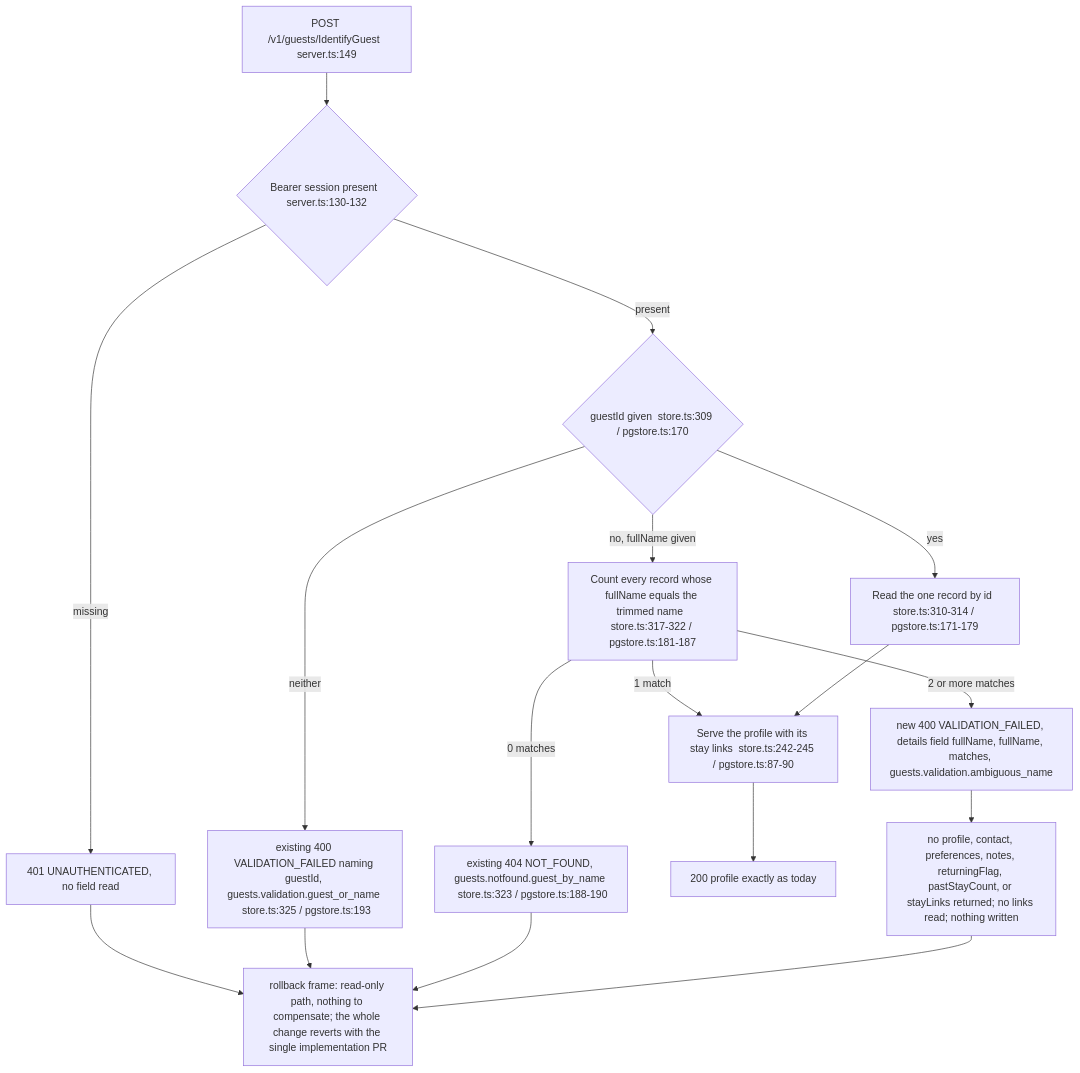
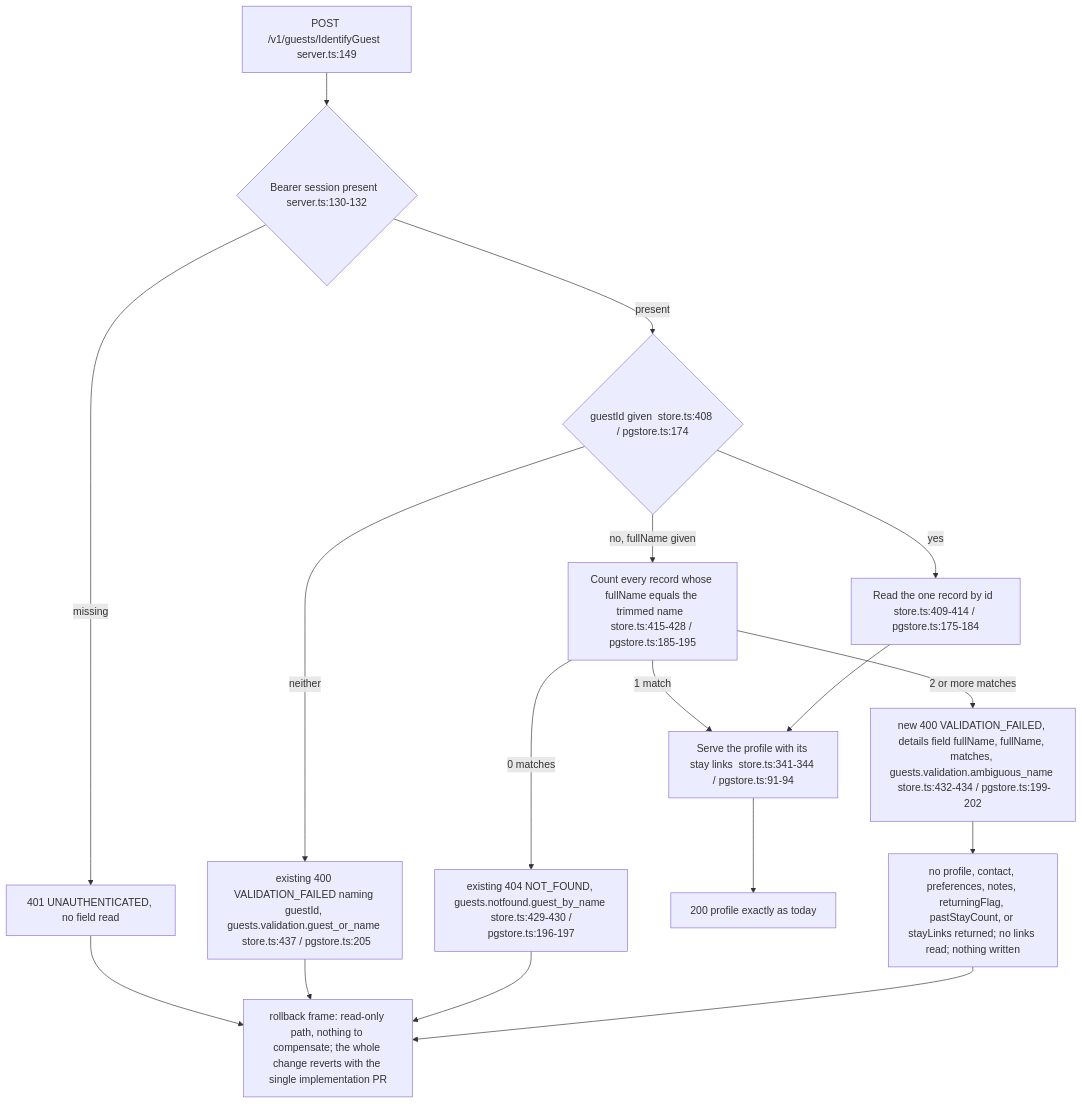
Before and after one commit to MingChen1501/hotel-mgmt: diagram 53 of 55 in docs/architecture/lld.md, drawn with Mermaid. The commit also changed other lines of this file and 19 other files, not shown here.

First line of the commit message:
fix(guests): Refuse ambiguous guest names and bound guest payloads (#733)

````diff
--- a/docs/architecture/lld.md
+++ b/docs/architecture/lld.md
@@ -6632,19 +6656,19 @@
 ```mermaid
 flowchart TD
     A[POST /v1/guests/IdentifyGuest  server.ts:149] --> B{Bearer session present  server.ts:130-132}
     B -->|missing| X1[401 UNAUTHENTICATED, no field read]
-    B -->|present| C{guestId given  store.ts:309 / pgstore.ts:170}
-    C -->|yes| D[Read the one record by id  store.ts:310-314 / pgstore.ts:171-179]
-    C -->|no, fullName given| E[Count every record whose fullName equals the trimmed name  store.ts:317-322 / pgstore.ts:181-187]
-    C -->|neither| X2[existing 400 VALIDATION_FAILED naming guestId, guests.validation.guest_or_name  store.ts:325 / pgstore.ts:193]
-    E -->|0 matches| X3[existing 404 NOT_FOUND, guests.notfound.guest_by_name  store.ts:323 / pgstore.ts:188-190]
-    E -->|1 match| F[Serve the profile with its stay links  store.ts:242-245 / pgstore.ts:87-90]
-    E -->|2 or more matches| R[new 400 VALIDATION_FAILED, details field fullName, fullName, matches, guests.validation.ambiguous_name]
+    B -->|present| C{guestId given  store.ts:408 / pgstore.ts:174}
+    C -->|yes| D[Read the one record by id  store.ts:409-414 / pgstore.ts:175-184]
+    C -->|no, fullName given| E[Count every record whose fullName equals the trimmed name  store.ts:415-428 / pgstore.ts:185-195]
+    C -->|neither| X2[existing 400 VALIDATION_FAILED naming guestId, guests.validation.guest_or_name  store.ts:437 / pgstore.ts:205]
+    E -->|0 matches| X3[existing 404 NOT_FOUND, guests.notfound.guest_by_name  store.ts:429-430 / pgstore.ts:196-197]
+    E -->|1 match| F[Serve the profile with its stay links  store.ts:341-344 / pgstore.ts:91-94]
+    E -->|2 or more matches| R[new 400 VALIDATION_FAILED, details field fullName, fullName, matches, guests.validation.ambiguous_name  store.ts:432-434 / pgstore.ts:199-202]
     D --> F
     F --> O[200 profile exactly as today]
     R --> N[no profile, contact, preferences, notes, returningFlag, pastStayCount, or stayLinks returned; no links read; nothing written]
     X1 --> N2[rollback frame: read-only path, nothing to compensate; the whole change reverts with the single implementation PR]
     X2 --> N2
     X3 --> N2
     N --> N2
 ```
````
